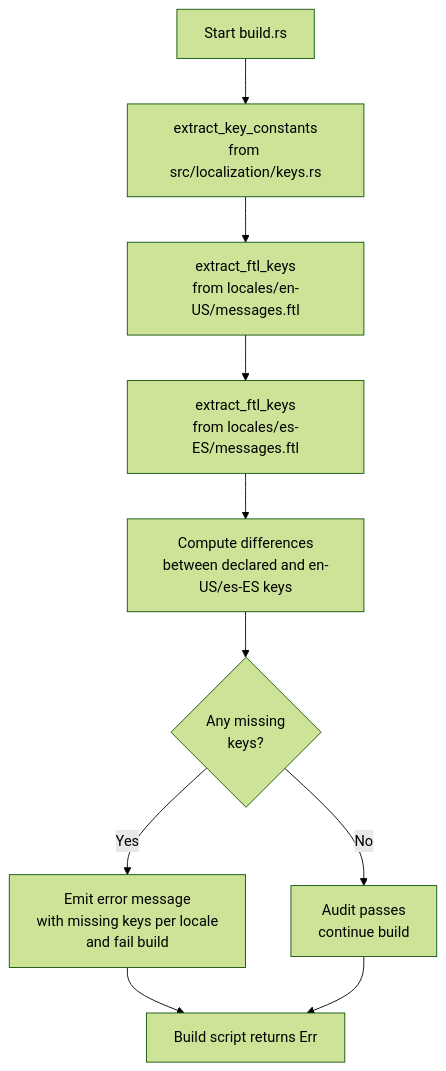
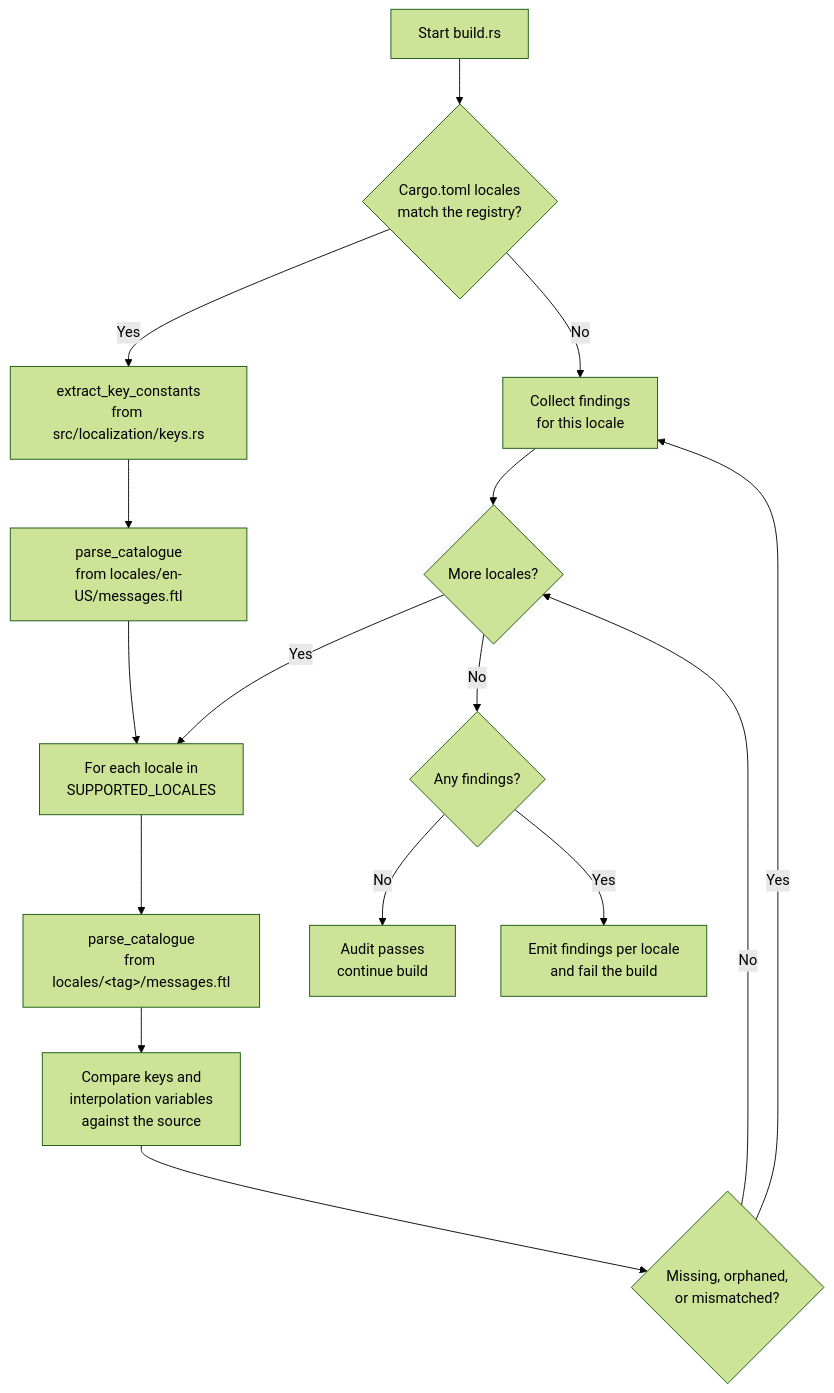
The tenth of 13 diagrams in docs/netsuke-design.md (leynos/netsuke), drawn with Mermaid (forest theme) before and after one commit. The commit also changed other lines of this file and 5 other files, not shown here.

First line of the commit message:
Document the locale registry and fallback policy

````diff
--- a/docs/netsuke-design.md
+++ b/docs/netsuke-design.md
@@ -2530,15 +2557,22 @@
 ```mermaid
 flowchart TD
-    A_Start["Start build.rs"] --> B_ReadKeys
-    B_ReadKeys["extract_key_constants<br/>from src/localization/keys.rs"] --> C_ReadEn
-    C_ReadEn["extract_ftl_keys<br/>from locales/en-US/messages.ftl"] --> D_ReadEs
-    D_ReadEs["extract_ftl_keys<br/>from locales/es-ES/messages.ftl"] --> E_Compare
+    A_Start["Start build.rs"] --> B_Metadata
+    B_Metadata{"Cargo.toml locales<br/>match the registry?"} -->|No| H_Error
+    B_Metadata -->|Yes| C_ReadKeys
+    C_ReadKeys["extract_key_constants<br/>from src/localization/keys.rs"] --> D_ReadSource
+    D_ReadSource["parse_catalogue<br/>from locales/en-US/messages.ftl"] --> E_Loop
 
-    E_Compare["Compute differences<br/>between declared and en-US/es-ES keys"] --> F_CheckMissing
+    E_Loop["For each locale in<br/>SUPPORTED_LOCALES"] --> F_Parse
+    F_Parse["parse_catalogue<br/>from locales/&lt;tag&gt;/messages.ftl"] --> G_Compare
+    G_Compare["Compare keys and<br/>interpolation variables<br/>against the source"] --> I_Check
 
-    F_CheckMissing{"Any missing<br/>keys?"} -->|No| G_Success["Audit passes<br/>continue build"]
-    F_CheckMissing -->|Yes| H_Error["Emit error message<br/>with missing keys per locale<br/>and fail build"]
+    I_Check{"Missing, orphaned,<br/>or mismatched?"} -->|No| J_Next
+    I_Check -->|Yes| H_Error["Collect findings<br/>for this locale"]
 
-    H_Error --> I_End["Build script returns Err"]
-    G_Success --> I_End
+    J_Next{"More locales?"} -->|Yes| E_Loop
+    J_Next -->|No| K_Verdict
+    H_Error --> J_Next
+
+    K_Verdict{"Any findings?"} -->|No| L_Success["Audit passes<br/>continue build"]
+    K_Verdict -->|Yes| M_Fail["Emit findings per locale<br/>and fail the build"]
 ```
````
